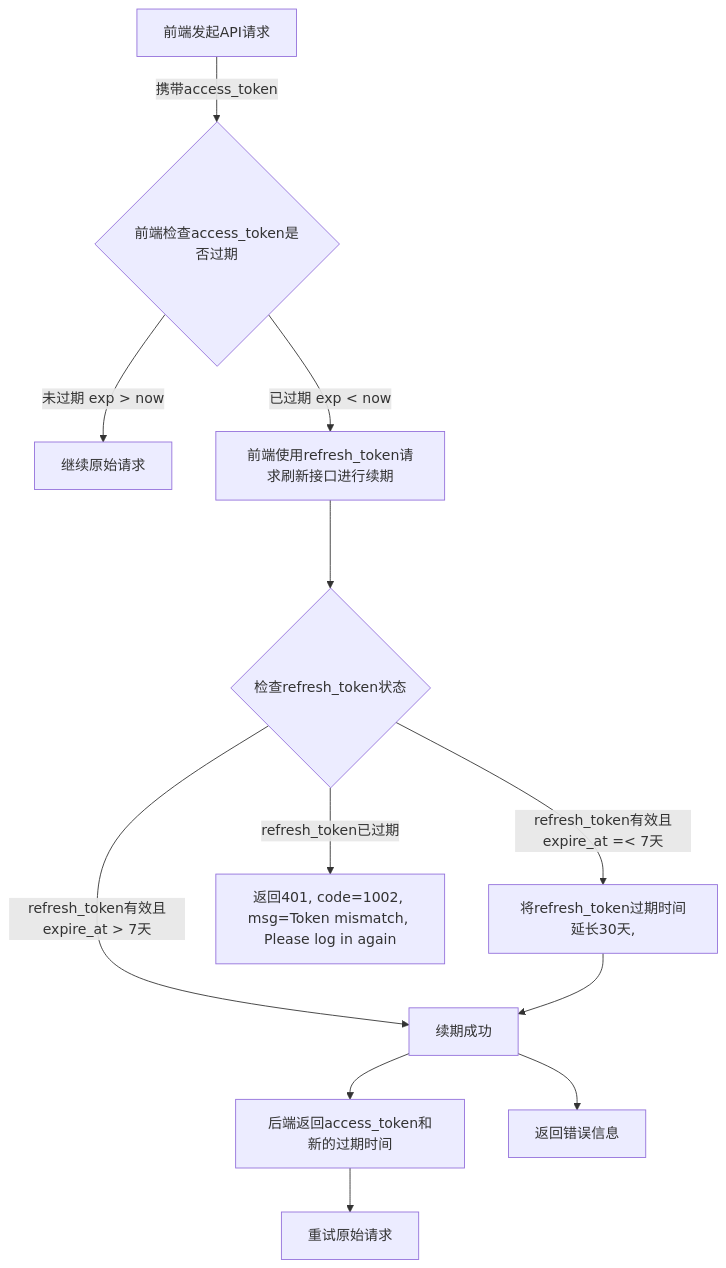
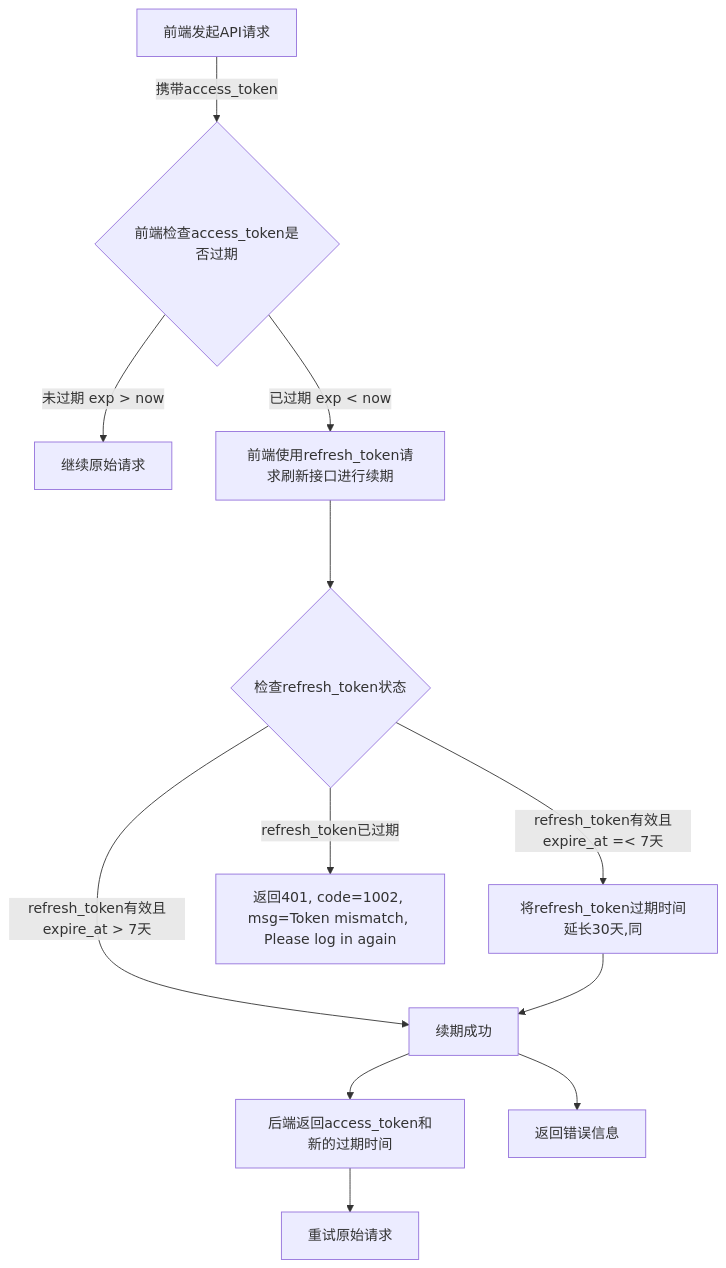
The diagram in all/openAPI-17.md (yingjianzh/iodraw-files), drawn with Mermaid before and after one commit.

Commit message:
2025-01-08 18:17:17 update

````diff
--- a/all/openAPI-17.md
+++ b/all/openAPI-17.md
@@ -1,15 +1,15 @@
 ```mermaid
 flowchart TD
     A[前端发起API请求] -->|携带access_token| B{前端检查access_token是否过期}
     B -->|未过期 exp > now| C[继续原始请求]
     B -->|已过期 exp < now| D[前端使用refresh_token请求刷新接口进行续期]
     D ---> L{检查refresh_token状态}
-    L -->|refresh_token有效且expire_at =< 7天| E[将refresh_token过期时间延长30天,]
+    L -->|refresh_token有效且expire_at =< 7天| E[将refresh_token过期时间延长30天,同]
     L -->|refresh_token已过期| F[返回401, code=1002, msg=Token mismatch, Please log in again]
     L -->|refresh_token有效且expire_at > 7天 | G[续期成功]
     G -->H[后端返回access_token和新的过期时间]
     G -->I[返回错误信息]
     H --> J[重试原始请求]
     E --> G
 
 ```
````
